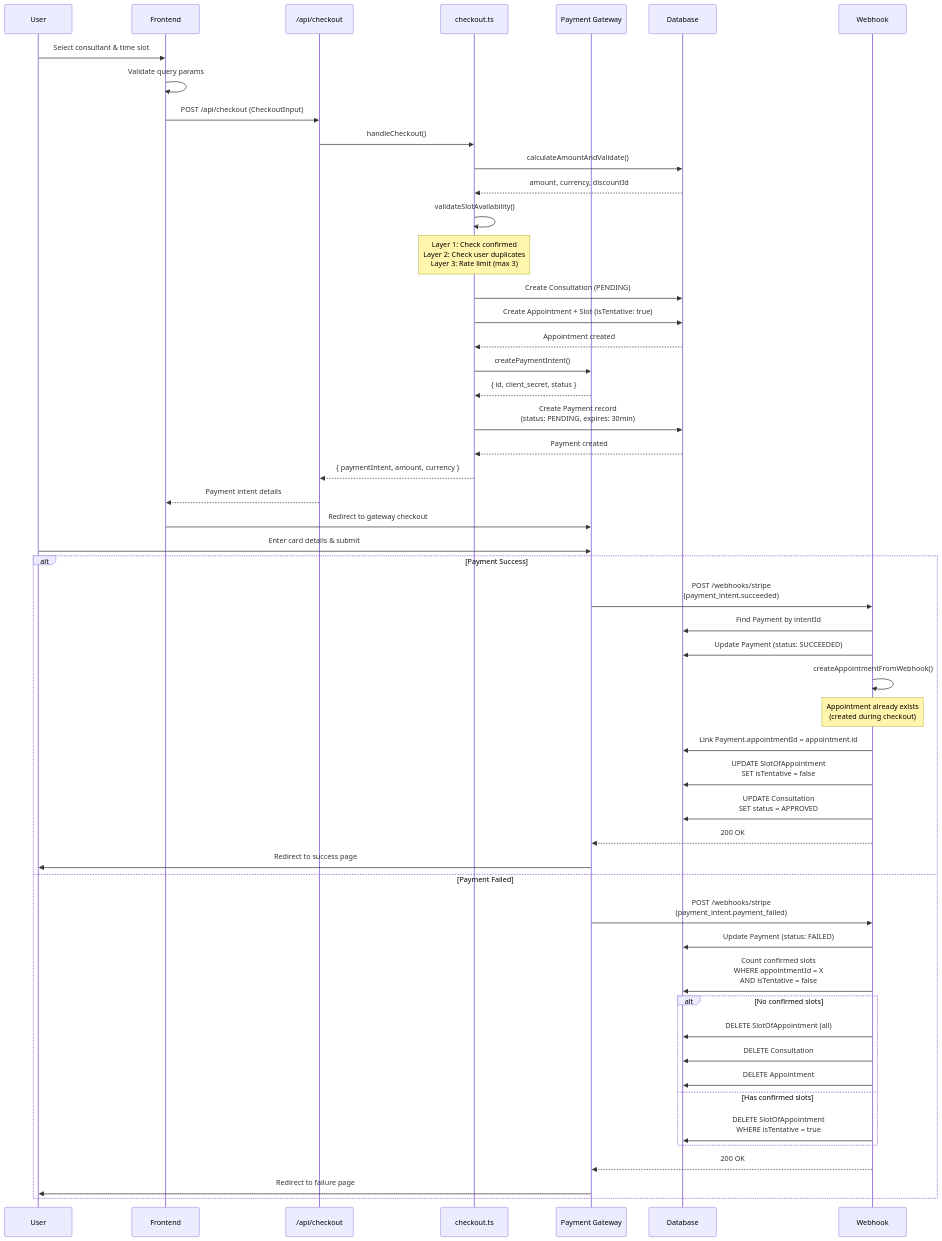
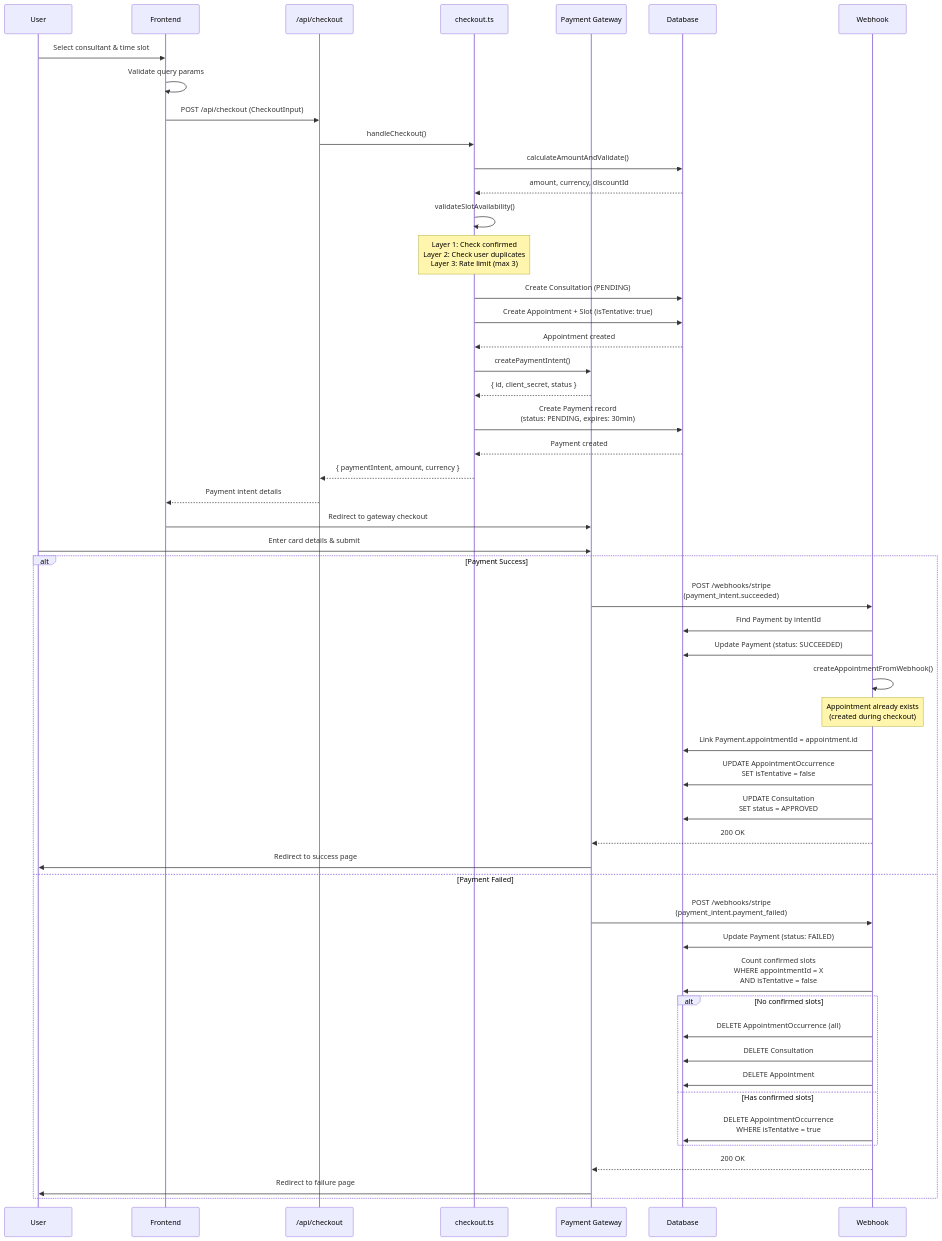
Before and after one commit to Practitionist/familiarise_web: the first of 2 diagrams in docs/payments/checkout-flow/01-overview-and-consultation.md, drawn with Mermaid. The commit also changed other lines of this file and 107 other files, not shown here.

Commit message:
docs(vocabulary): the scheduling glossary, booking, feedback, support, stream and review docs speak AppointmentOccurrence, Meeting and Trial (#1554)

````diff
--- a/docs/payments/checkout-flow/01-overview-and-consultation.md
+++ b/docs/payments/checkout-flow/01-overview-and-consultation.md
@@ -568,63 +568,63 @@
 ```mermaid
 sequenceDiagram
     participant U as User
     participant FE as Frontend
     participant API as /api/checkout
     participant CO as checkout.ts
     participant PG as Payment Gateway
     participant DB as Database
     participant WH as Webhook
 
     U->>FE: Select consultant & time slot
     FE->>FE: Validate query params
     FE->>API: POST /api/checkout (CheckoutInput)
 
     API->>CO: handleCheckout()
     CO->>DB: calculateAmountAndValidate()
     DB-->>CO: amount, currency, discountId
 
     CO->>CO: validateSlotAvailability()
     Note over CO: Layer 1: Check confirmed<br/>Layer 2: Check user duplicates<br/>Layer 3: Rate limit (max 3)
 
     CO->>DB: Create Consultation (PENDING)
     CO->>DB: Create Appointment + Slot (isTentative: true)
     DB-->>CO: Appointment created
 
     CO->>PG: createPaymentIntent()
     PG-->>CO: { id, client_secret, status }
 
     CO->>DB: Create Payment record<br/>(status: PENDING, expires: 30min)
     DB-->>CO: Payment created
 
     CO-->>API: { paymentIntent, amount, currency }
     API-->>FE: Payment intent details
 
     FE->>PG: Redirect to gateway checkout
     U->>PG: Enter card details & submit
 
     alt Payment Success
         PG->>WH: POST /webhooks/stripe<br/>(payment_intent.succeeded)
         WH->>DB: Find Payment by intentId
         WH->>DB: Update Payment (status: SUCCEEDED)
         WH->>WH: createAppointmentFromWebhook()
         Note over WH: Appointment already exists<br/>(created during checkout)
         WH->>DB: Link Payment.appointmentId = appointment.id
-        WH->>DB: UPDATE SlotOfAppointment<br/>SET isTentative = false
+        WH->>DB: UPDATE AppointmentOccurrence<br/>SET isTentative = false
         WH->>DB: UPDATE Consultation<br/>SET status = APPROVED
         WH-->>PG: 200 OK
         PG->>U: Redirect to success page
     else Payment Failed
         PG->>WH: POST /webhooks/stripe<br/>(payment_intent.payment_failed)
         WH->>DB: Update Payment (status: FAILED)
         WH->>DB: Count confirmed slots<br/>WHERE appointmentId = X<br/>AND isTentative = false
         alt No confirmed slots
-            WH->>DB: DELETE SlotOfAppointment (all)
+            WH->>DB: DELETE AppointmentOccurrence (all)
             WH->>DB: DELETE Consultation
             WH->>DB: DELETE Appointment
         else Has confirmed slots
-            WH->>DB: DELETE SlotOfAppointment<br/>WHERE isTentative = true
+            WH->>DB: DELETE AppointmentOccurrence<br/>WHERE isTentative = true
         end
         WH-->>PG: 200 OK
         PG->>U: Redirect to failure page
     end
 ```
````
